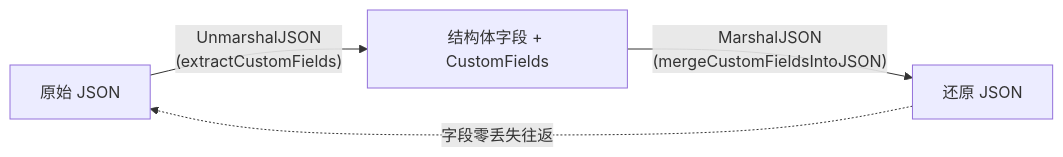
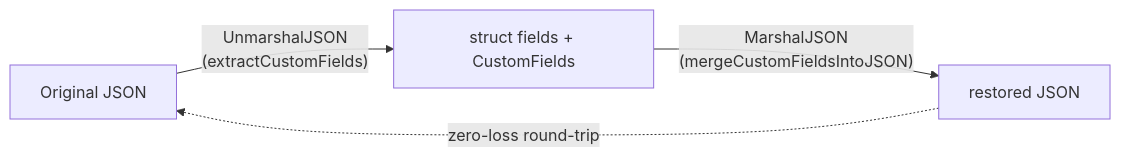
Before and after one commit to hitechcloud-vietnam/har-skills: the fourth of 4 diagrams in website/zh/internals/custom-fields.md, drawn with Mermaid. The commit also changed other lines of this file and 97 other files, not shown here.

````diff
--- a/website/zh/internals/custom-fields.md
+++ b/website/zh/internals/custom-fields.md
@@ -353,6 +357,6 @@
 ```mermaid
 flowchart LR
-  ORIG["原始 JSON"] -->|"UnmarshalJSON<br/>(extractCustomFields)"| MID["结构体字段 + CustomFields"]
-  MID -->|"MarshalJSON<br/>(mergeCustomFieldsIntoJSON)"| RESTORE["还原 JSON"]
-  RESTORE -.->|"字段零丢失往返"| ORIG
+  ORIG["Original JSON"] -->|"UnmarshalJSON<br/>(extractCustomFields)"| MID["struct fields + CustomFields"]
+  MID -->|"MarshalJSON<br/>(mergeCustomFieldsIntoJSON)"| RESTORE["restored JSON"]
+  RESTORE -.->|"zero-loss round-trip"| ORIG
 ```
````
